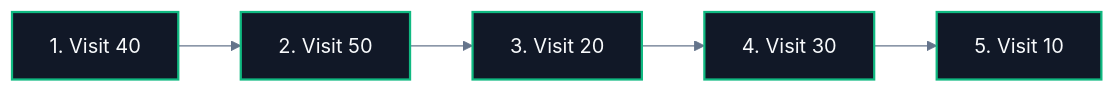
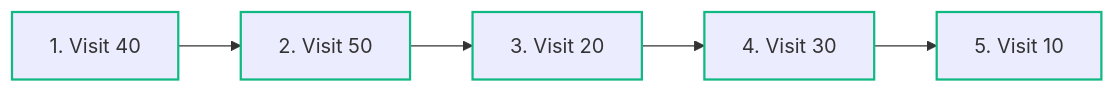
One commit to abhinavbharti2345/CS_Notes changed the fourth of 5 diagrams in CS/DSA/07. Trees & BSTs/02. Binary Tree Traversals.md. Above: the diagram before and after it, drawn with Mermaid. The commit also changed other lines of this file and 91 other files, not shown here.

````diff
--- a/CS/DSA/07. Trees & BSTs/02. Binary Tree Traversals.md
+++ b/CS/DSA/07. Trees & BSTs/02. Binary Tree Traversals.md
@@ -402,8 +399,7 @@
 ```mermaid
-%%{init: {'theme': 'base', 'themeVariables': { 'darkMode': true, 'background': '#0B0F14', 'mainBkg': '#111827', 'primaryColor': '#111827', 'primaryTextColor': '#F8FAFC', 'primaryBorderColor': '#38BDF8', 'lineColor': '#64748B', 'secondaryColor': '#0B0F14', 'tertiaryColor': '#0B0F14', 'clusterBkg': '#0B0F14', 'clusterBorder': '#38BDF8' }}}%%
 flowchart LR
     Po1["1. Visit 40"] --> Po2["2. Visit 50"] --> Po3["3. Visit 20"] --> Po4["4. Visit 30"] --> Po5["5. Visit 10"]
 
-    classDef seq fill:#111827,stroke:#10b981,stroke-width:1.8px,color:#F8FAFC;
+    classDef seq stroke:#10b981,stroke-width:1.8px;
     class Po1,Po2,Po3,Po4,Po5 seq;
 ```
````
